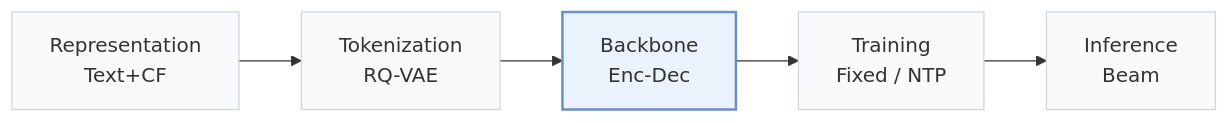
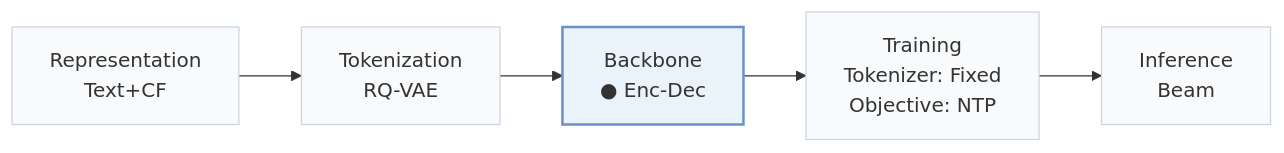
Before and after one commit to Galaxy-ghost/Awesome-SID-Generative-Rec: the first of 2 diagrams in pages/papers/decor.md, drawn with Mermaid. The commit also changed other lines of this file and 558 other files, not shown here.

````diff
--- a/pages/papers/decor.md
+++ b/pages/papers/decor.md
@@ -15,8 +18,8 @@
 ```mermaid
 flowchart LR
-    R["Representation<br/>Text+CF"] --> T["Tokenization<br/>RQ-VAE"] --> B["Backbone<br/>Enc-Dec"] --> TR["Training<br/>Fixed / NTP"] --> I["Inference<br/>Beam"]
+    R["Representation<br/>Text+CF"] --> T["Tokenization<br/>RQ-VAE"] --> B["Backbone<br/>● Enc-Dec"] --> TR["Training<br/>Tokenizer: Fixed<br/>Objective: NTP"] --> I["Inference<br/>Beam"]
     classDef base fill:#f8fafc,stroke:#cbd5e1
     class R,T,B,TR,I base
     classDef main fill:#eaf2fb,stroke:#6b8fc7,stroke-width:2px
     class B main
 ```
````
